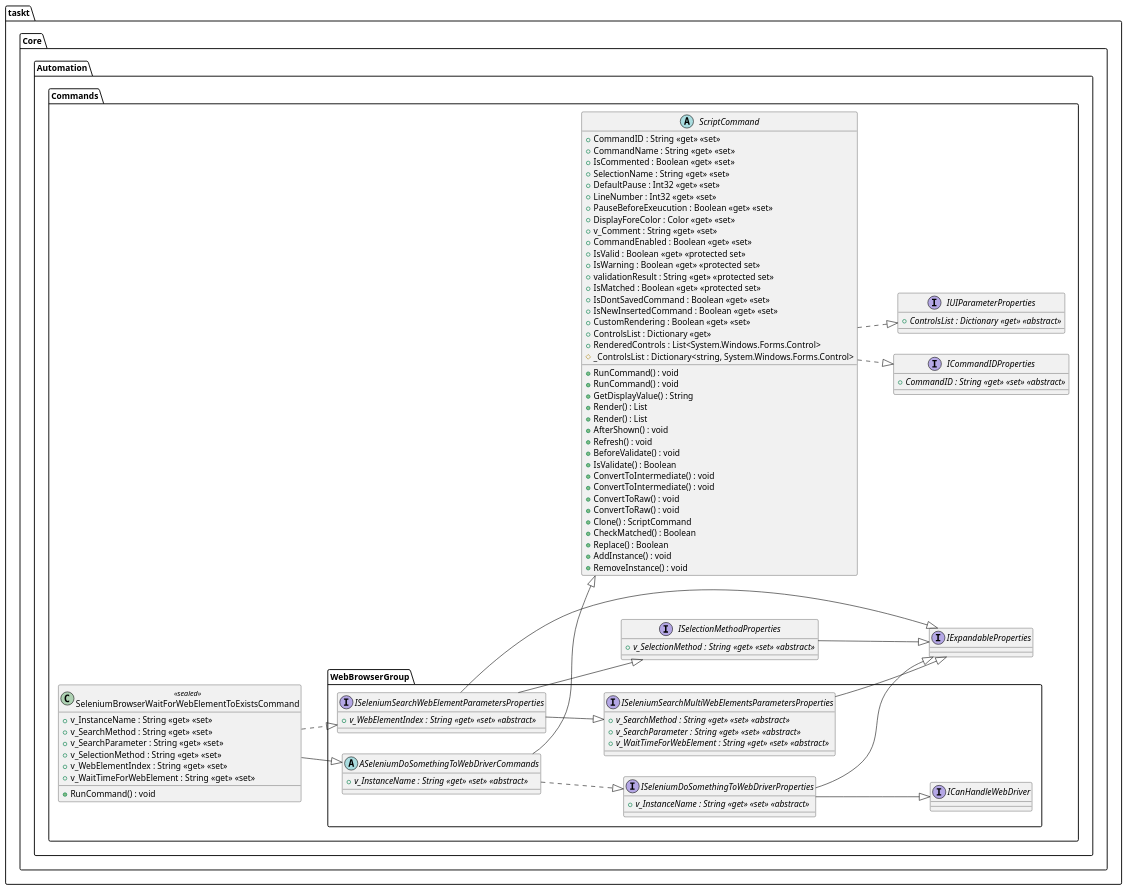
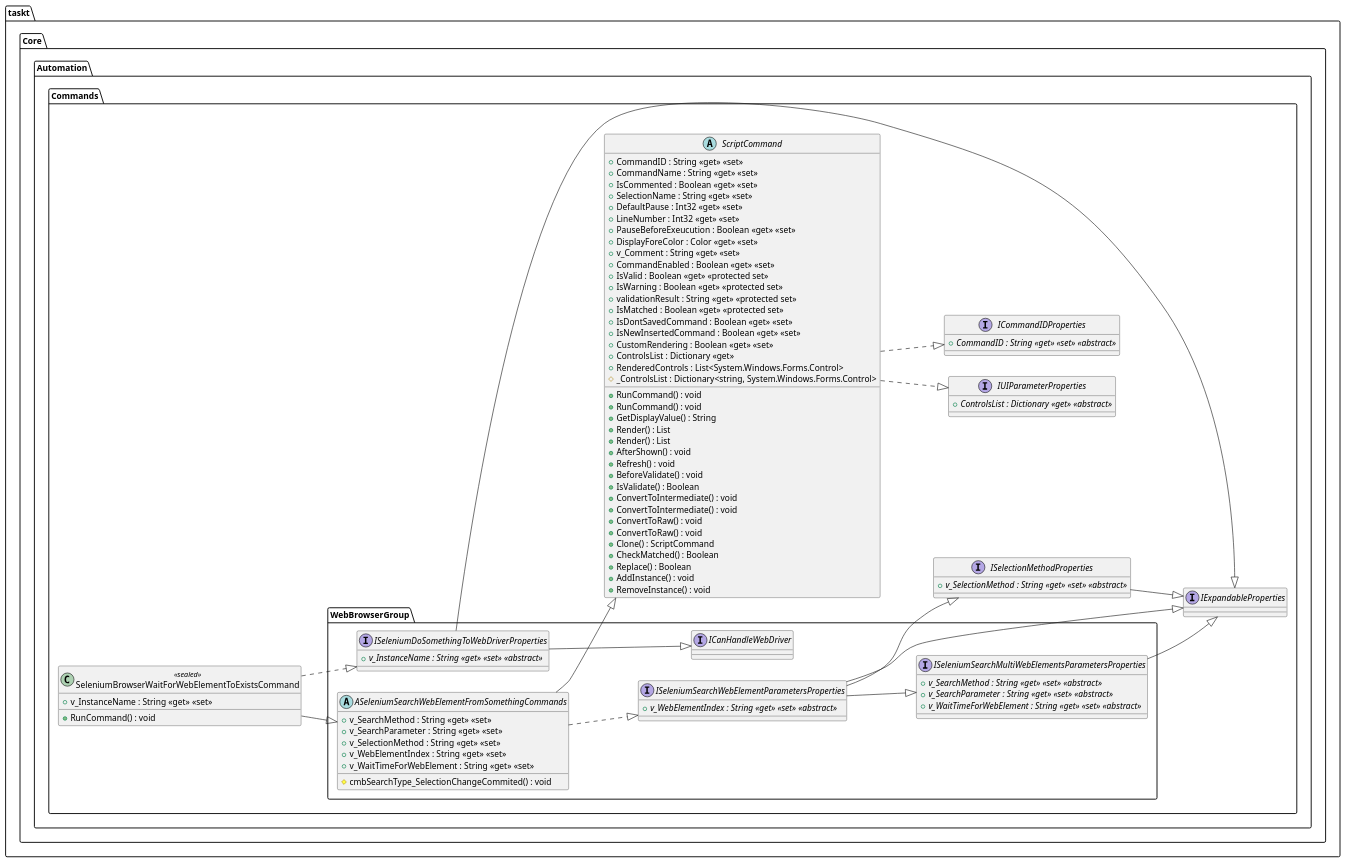
One commit to saucepleez/taskt changed the diagram in taskt/Core/Automation/Commands/WebBrowserGroup/SeleniumBrowserWaitForWebElementToExistsCommand.puml. Above: the diagram before and after it, drawn with PlantUML. The commit also changed 45 other files, not shown here.

```diff
--- a/taskt/Core/Automation/Commands/WebBrowserGroup/SeleniumBrowserWaitForWebElementToExistsCommand.puml
+++ b/taskt/Core/Automation/Commands/WebBrowserGroup/SeleniumBrowserWaitForWebElementToExistsCommand.puml
@@ -1,125 +1,125 @@
 @startuml
 left to right direction
 package "taskt.Core.Automation.Commands"{
 class "SeleniumBrowserWaitForWebElementToExistsCommand" <<sealed>> {
 +RunCommand() : void 
 +v_InstanceName : String <<get>> <<set>> 
+}
+}
+
+package "taskt.Core.Automation.Commands.WebBrowserGroup"{
+abstract class "ASeleniumSearchWebElementFromSomethingCommands"{
+#cmbSearchType_SelectionChangeCommited() : void 
 +v_SearchMethod : String <<get>> <<set>> 
 +v_SearchParameter : String <<get>> <<set>> 
 +v_SelectionMethod : String <<get>> <<set>> 
 +v_WebElementIndex : String <<get>> <<set>> 
 +v_WaitTimeForWebElement : String <<get>> <<set>> 
 }
 }
 
 package "taskt.Core.Automation.Commands.WebBrowserGroup"{
-abstract class "ASeleniumDoSomethingToWebDriverCommands"{
+Interface "ISeleniumDoSomethingToWebDriverProperties" {
 +{abstract} v_InstanceName : String <<get>> <<set>> <<abstract>> 
-}
-}
-
-package "taskt.Core.Automation.Commands.WebBrowserGroup"{
-Interface "ISeleniumSearchWebElementParametersProperties" {
-+{abstract} v_WebElementIndex : String <<get>> <<set>> <<abstract>> 
 }
 }
 
 package "taskt.Core.Automation.Commands"{
 abstract class "ScriptCommand"{
 +RunCommand() : void 
 +RunCommand() : void 
 +GetDisplayValue() : String
 +Render() : List
 +Render() : List
 +AfterShown() : void 
 +Refresh() : void 
 +BeforeValidate() : void 
 +IsValidate() : Boolean
 +ConvertToIntermediate() : void 
 +ConvertToIntermediate() : void 
 +ConvertToRaw() : void 
 +ConvertToRaw() : void 
 +Clone() : ScriptCommand
 +CheckMatched() : Boolean
 +Replace() : Boolean
 +AddInstance() : void 
 +RemoveInstance() : void 
 +CommandID : String <<get>> <<set>> 
 +CommandName : String <<get>> <<set>> 
 +IsCommented : Boolean <<get>> <<set>> 
 +SelectionName : String <<get>> <<set>> 
 +DefaultPause : Int32 <<get>> <<set>> 
 +LineNumber : Int32 <<get>> <<set>> 
 +PauseBeforeExeucution : Boolean <<get>> <<set>> 
 +DisplayForeColor : Color <<get>> <<set>> 
 +v_Comment : String <<get>> <<set>> 
 +CommandEnabled : Boolean <<get>> <<set>> 
 +IsValid : Boolean <<get>> <<protected set>>
 +IsWarning : Boolean <<get>> <<protected set>>
 +validationResult : String <<get>> <<protected set>>
 +IsMatched : Boolean <<get>> <<protected set>>
 +IsDontSavedCommand : Boolean <<get>> <<set>> 
 +IsNewInsertedCommand : Boolean <<get>> <<set>> 
 +CustomRendering : Boolean <<get>> <<set>> 
 +ControlsList : Dictionary <<get>> 
 +RenderedControls : List<System.Windows.Forms.Control>
 #_ControlsList : Dictionary<string, System.Windows.Forms.Control>
 }
 }
 
 package "taskt.Core.Automation.Commands.WebBrowserGroup"{
-Interface "ISeleniumDoSomethingToWebDriverProperties" {
-+{abstract} v_InstanceName : String <<get>> <<set>> <<abstract>> 
+Interface "ISeleniumSearchWebElementParametersProperties" {
++{abstract} v_WebElementIndex : String <<get>> <<set>> <<abstract>> 
 }
 }
 
 package "taskt.Core.Automation.Commands.WebBrowserGroup"{
-Interface "ISeleniumSearchMultiWebElementsParametersProperties" {
-+{abstract} v_SearchMethod : String <<get>> <<set>> <<abstract>> 
-+{abstract} v_SearchParameter : String <<get>> <<set>> <<abstract>> 
-+{abstract} v_WaitTimeForWebElement : String <<get>> <<set>> <<abstract>> 
-}
-}
-
-package "taskt.Core.Automation.Commands"{
-Interface "ISelectionMethodProperties" {
-+{abstract} v_SelectionMethod : String <<get>> <<set>> <<abstract>> 
+Interface "ICanHandleWebDriver" {
 }
 }
 
 package "taskt.Core.Automation.Commands"{
 Interface "IExpandableProperties" {
 }
 }
 
 package "taskt.Core.Automation.Commands"{
 Interface "IUIParameterProperties" {
 +{abstract} ControlsList : Dictionary <<get>> <<abstract>> 
 }
 }
 
 package "taskt.Core.Automation.Commands"{
 Interface "ICommandIDProperties" {
 +{abstract} CommandID : String <<get>> <<set>> <<abstract>> 
 }
 }
 
 package "taskt.Core.Automation.Commands.WebBrowserGroup"{
-Interface "ICanHandleWebDriver" {
+Interface "ISeleniumSearchMultiWebElementsParametersProperties" {
++{abstract} v_SearchMethod : String <<get>> <<set>> <<abstract>> 
++{abstract} v_SearchParameter : String <<get>> <<set>> <<abstract>> 
++{abstract} v_WaitTimeForWebElement : String <<get>> <<set>> <<abstract>> 
 }
 }
 
-taskt.Core.Automation.Commands.SeleniumBrowserWaitForWebElementToExistsCommand --|> taskt.Core.Automation.Commands.WebBrowserGroup.ASeleniumDoSomethingToWebDriverCommands
-taskt.Core.Automation.Commands.SeleniumBrowserWaitForWebElementToExistsCommand ..|> taskt.Core.Automation.Commands.WebBrowserGroup.ISeleniumSearchWebElementParametersProperties
-taskt.Core.Automation.Commands.WebBrowserGroup.ASeleniumDoSomethingToWebDriverCommands --|> taskt.Core.Automation.Commands.ScriptCommand
-taskt.Core.Automation.Commands.WebBrowserGroup.ASeleniumDoSomethingToWebDriverCommands ..|> taskt.Core.Automation.Commands.WebBrowserGroup.ISeleniumDoSomethingToWebDriverProperties
+package "taskt.Core.Automation.Commands"{
+Interface "ISelectionMethodProperties" {
++{abstract} v_SelectionMethod : String <<get>> <<set>> <<abstract>> 
+}
+}
+
+taskt.Core.Automation.Commands.SeleniumBrowserWaitForWebElementToExistsCommand --|> taskt.Core.Automation.Commands.WebBrowserGroup.ASeleniumSearchWebElementFromSomethingCommands
+taskt.Core.Automation.Commands.SeleniumBrowserWaitForWebElementToExistsCommand ..|> taskt.Core.Automation.Commands.WebBrowserGroup.ISeleniumDoSomethingToWebDriverProperties
+taskt.Core.Automation.Commands.WebBrowserGroup.ASeleniumSearchWebElementFromSomethingCommands --|> taskt.Core.Automation.Commands.ScriptCommand
+taskt.Core.Automation.Commands.WebBrowserGroup.ASeleniumSearchWebElementFromSomethingCommands ..|> taskt.Core.Automation.Commands.WebBrowserGroup.ISeleniumSearchWebElementParametersProperties
+taskt.Core.Automation.Commands.WebBrowserGroup.ISeleniumDoSomethingToWebDriverProperties --|> taskt.Core.Automation.Commands.WebBrowserGroup.ICanHandleWebDriver
+taskt.Core.Automation.Commands.WebBrowserGroup.ISeleniumDoSomethingToWebDriverProperties --|> taskt.Core.Automation.Commands.IExpandableProperties
+taskt.Core.Automation.Commands.ScriptCommand ..|> taskt.Core.Automation.Commands.IUIParameterProperties
+taskt.Core.Automation.Commands.ScriptCommand ..|> taskt.Core.Automation.Commands.ICommandIDProperties
 taskt.Core.Automation.Commands.WebBrowserGroup.ISeleniumSearchWebElementParametersProperties --|> taskt.Core.Automation.Commands.WebBrowserGroup.ISeleniumSearchMultiWebElementsParametersProperties
 taskt.Core.Automation.Commands.WebBrowserGroup.ISeleniumSearchWebElementParametersProperties --|> taskt.Core.Automation.Commands.ISelectionMethodProperties
 taskt.Core.Automation.Commands.WebBrowserGroup.ISeleniumSearchWebElementParametersProperties --|> taskt.Core.Automation.Commands.IExpandableProperties
-taskt.Core.Automation.Commands.ScriptCommand ..|> taskt.Core.Automation.Commands.IUIParameterProperties
-taskt.Core.Automation.Commands.ScriptCommand ..|> taskt.Core.Automation.Commands.ICommandIDProperties
-taskt.Core.Automation.Commands.WebBrowserGroup.ISeleniumDoSomethingToWebDriverProperties --|> taskt.Core.Automation.Commands.WebBrowserGroup.ICanHandleWebDriver
-taskt.Core.Automation.Commands.WebBrowserGroup.ISeleniumDoSomethingToWebDriverProperties --|> taskt.Core.Automation.Commands.IExpandableProperties
 taskt.Core.Automation.Commands.WebBrowserGroup.ISeleniumSearchMultiWebElementsParametersProperties --|> taskt.Core.Automation.Commands.IExpandableProperties
 taskt.Core.Automation.Commands.ISelectionMethodProperties --|> taskt.Core.Automation.Commands.IExpandableProperties
 @enduml
```
